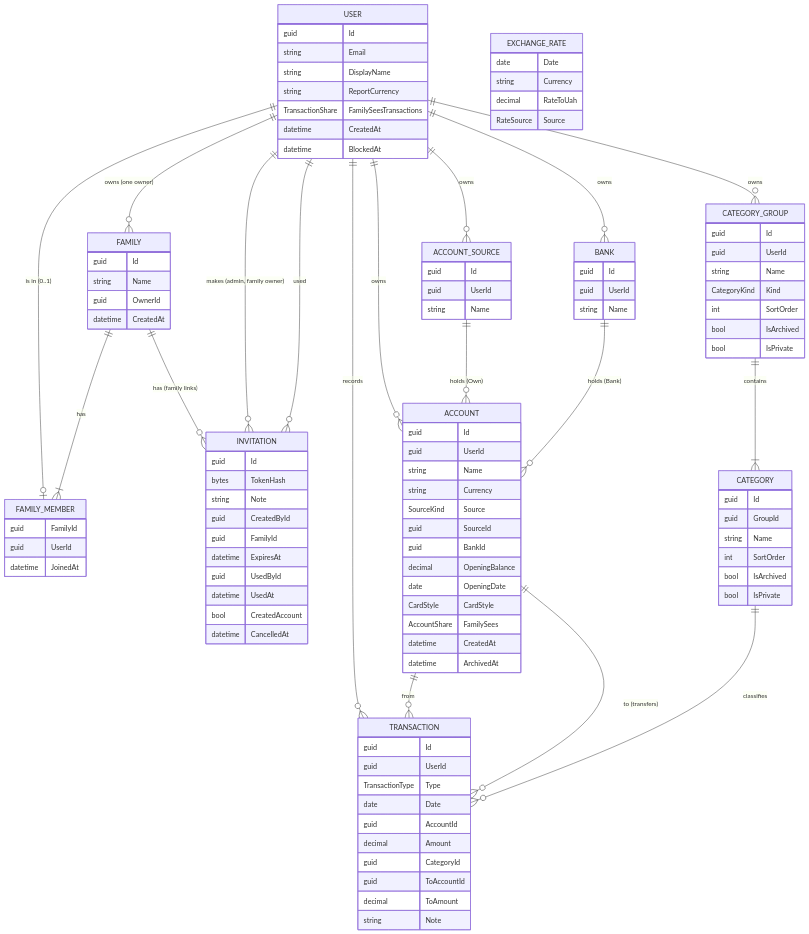
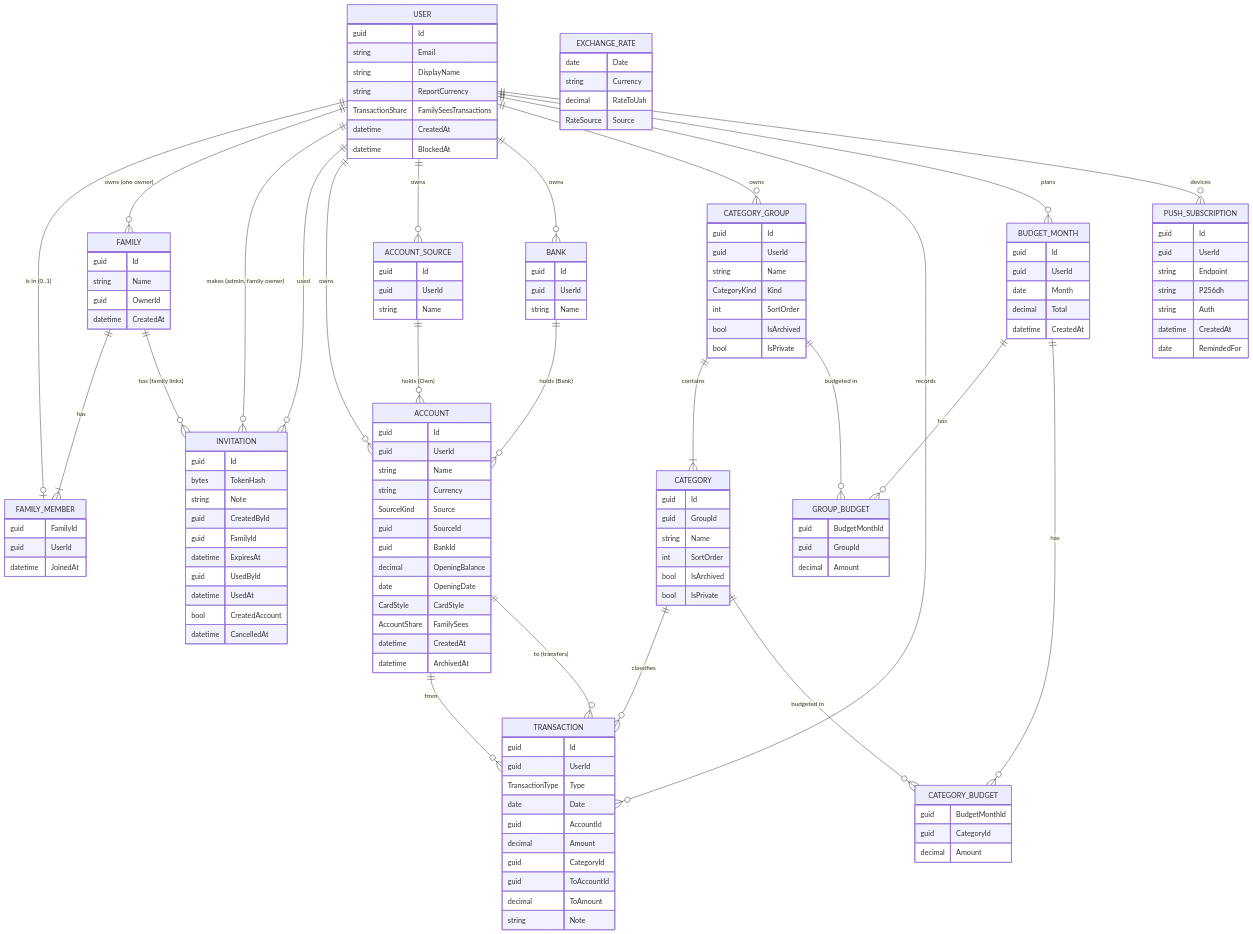
The second of 3 diagrams in docs/ARCHITECTURE.md (yuliaBiriukova/PupBudgetPlanner), drawn with Mermaid before and after one commit. The commit also changed other lines of this file and 80 other files, not shown here.

````diff
--- a/docs/ARCHITECTURE.md
+++ b/docs/ARCHITECTURE.md
@@ -89,33 +91,43 @@
 ```mermaid
 erDiagram
     USER ||--o| FAMILY_MEMBER : "is in (0..1)"
     FAMILY ||--|{ FAMILY_MEMBER : has
     USER ||--o{ FAMILY : "owns (one owner)"
     FAMILY ||--o{ INVITATION : "has (family links)"
     USER ||--o{ INVITATION : "makes (admin, family owner)"
     USER ||--o{ INVITATION : "used"
     USER ||--o{ ACCOUNT : owns
     USER ||--o{ ACCOUNT_SOURCE : owns
     USER ||--o{ BANK : owns
     ACCOUNT_SOURCE ||--o{ ACCOUNT : "holds (Own)"
     BANK ||--o{ ACCOUNT : "holds (Bank)"
     USER ||--o{ CATEGORY_GROUP : owns
     CATEGORY_GROUP ||--|{ CATEGORY : contains
     USER ||--o{ TRANSACTION : records
     ACCOUNT ||--o{ TRANSACTION : "from"
     ACCOUNT ||--o{ TRANSACTION : "to (transfers)"
     CATEGORY ||--o{ TRANSACTION : "classifies"
+    USER ||--o{ BUDGET_MONTH : plans
+    BUDGET_MONTH ||--o{ GROUP_BUDGET : has
+    BUDGET_MONTH ||--o{ CATEGORY_BUDGET : has
+    CATEGORY_GROUP ||--o{ GROUP_BUDGET : "budgeted in"
+    CATEGORY ||--o{ CATEGORY_BUDGET : "budgeted in"
+    USER ||--o{ PUSH_SUBSCRIPTION : "devices"
     EXCHANGE_RATE
 
     USER { guid Id string Email string DisplayName string ReportCurrency TransactionShare FamilySeesTransactions datetime CreatedAt datetime BlockedAt }
     INVITATION { guid Id bytes TokenHash string Note guid CreatedById guid FamilyId datetime ExpiresAt guid UsedById datetime UsedAt bool CreatedAccount datetime CancelledAt }
     FAMILY { guid Id string Name guid OwnerId datetime CreatedAt }
     FAMILY_MEMBER { guid FamilyId guid UserId datetime JoinedAt }
     ACCOUNT { guid Id guid UserId string Name string Currency SourceKind Source guid SourceId guid BankId decimal OpeningBalance date OpeningDate CardStyle CardStyle AccountShare FamilySees datetime CreatedAt datetime ArchivedAt }
     ACCOUNT_SOURCE { guid Id guid UserId string Name }
     BANK { guid Id guid UserId string Name }
     CATEGORY_GROUP { guid Id guid UserId string Name CategoryKind Kind int SortOrder bool IsArchived bool IsPrivate }
     CATEGORY { guid Id guid GroupId string Name int SortOrder bool IsArchived bool IsPrivate }
     TRANSACTION { guid Id guid UserId TransactionType Type date Date guid AccountId decimal Amount guid CategoryId guid ToAccountId decimal ToAmount string Note }
     EXCHANGE_RATE { date Date string Currency decimal RateToUah RateSource Source }
+    BUDGET_MONTH { guid Id guid UserId date Month decimal Total datetime CreatedAt }
+    GROUP_BUDGET { guid BudgetMonthId guid GroupId decimal Amount }
+    CATEGORY_BUDGET { guid BudgetMonthId guid CategoryId decimal Amount }
+    PUSH_SUBSCRIPTION { guid Id guid UserId string Endpoint string P256dh string Auth datetime CreatedAt date RemindedFor }
 ```
````
